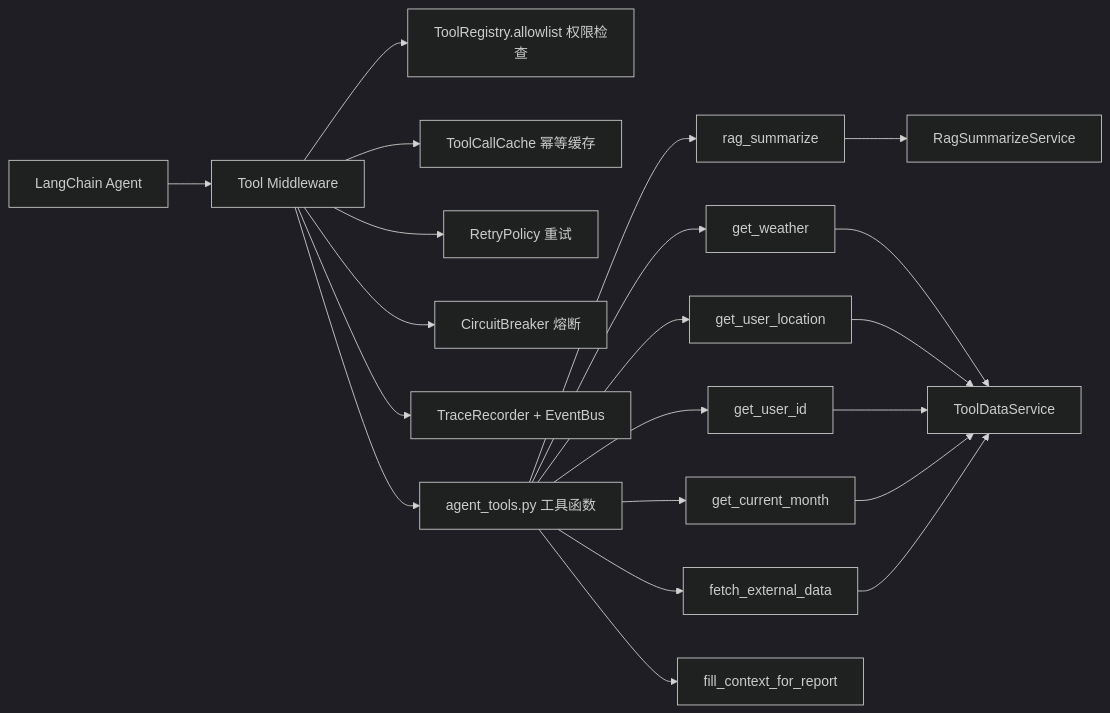
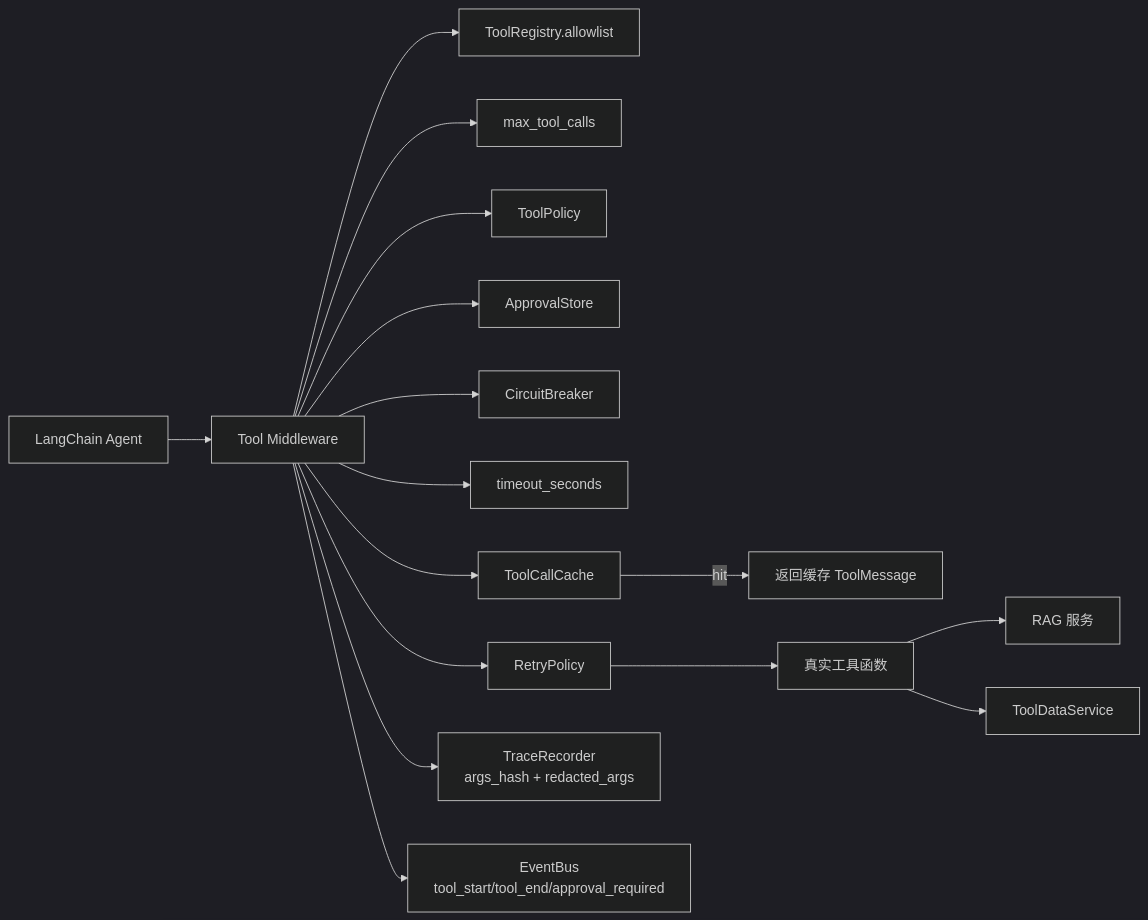
The eighth of 20 diagrams in README.md (sleeping-Zack/agentproject), drawn with Mermaid (dark theme) before and after one commit. The commit also changed other lines of this file, not shown here.

Commit message:
docs: refresh architecture diagrams for harness control layer

````diff
--- a/README.md
+++ b/README.md
@@ -213,25 +431,20 @@
 ```mermaid
 flowchart LR
     Agent["LangChain Agent"] --> Middleware["Tool Middleware"]
-    Middleware --> Allow["ToolRegistry.allowlist 权限检查"]
-    Middleware --> Cache["ToolCallCache 幂等缓存"]
-    Middleware --> Retry["RetryPolicy 重试"]
-    Middleware --> Breaker["CircuitBreaker 熔断"]
-    Middleware --> Trace["TraceRecorder + EventBus"]
-    Middleware --> ToolFns["agent_tools.py 工具函数"]
 
-    ToolFns --> RAG["rag_summarize"]
-    ToolFns --> Weather["get_weather"]
-    ToolFns --> Loc["get_user_location"]
-    ToolFns --> UID["get_user_id"]
-    ToolFns --> Month["get_current_month"]
-    ToolFns --> Record["fetch_external_data"]
-    ToolFns --> ReportCtx["fill_context_for_report"]
+    Middleware --> Allow["ToolRegistry.allowlist"]
+    Middleware --> Budget["max_tool_calls"]
+    Middleware --> Policy["ToolPolicy"]
+    Middleware --> Approval["ApprovalStore"]
+    Middleware --> Breaker["CircuitBreaker"]
+    Middleware --> Timeout["timeout_seconds"]
+    Middleware --> Cache["ToolCallCache"]
+    Middleware --> Retry["RetryPolicy"]
+    Middleware --> Trace["TraceRecorder\nargs_hash + redacted_args"]
+    Middleware --> Event["EventBus\ntool_start/tool_end/approval_required"]
 
-    RAG --> RAGService["RagSummarizeService"]
-    Weather --> DataService["ToolDataService"]
-    Loc --> DataService
-    UID --> DataService
-    Month --> DataService
-    Record --> DataService
+    Cache -->|hit| ReturnCache["返回缓存 ToolMessage"]
+    Retry --> RealTool["真实工具函数"]
+    RealTool --> RAG["RAG 服务"]
+    RealTool --> Data["ToolDataService"]
 ```
````
